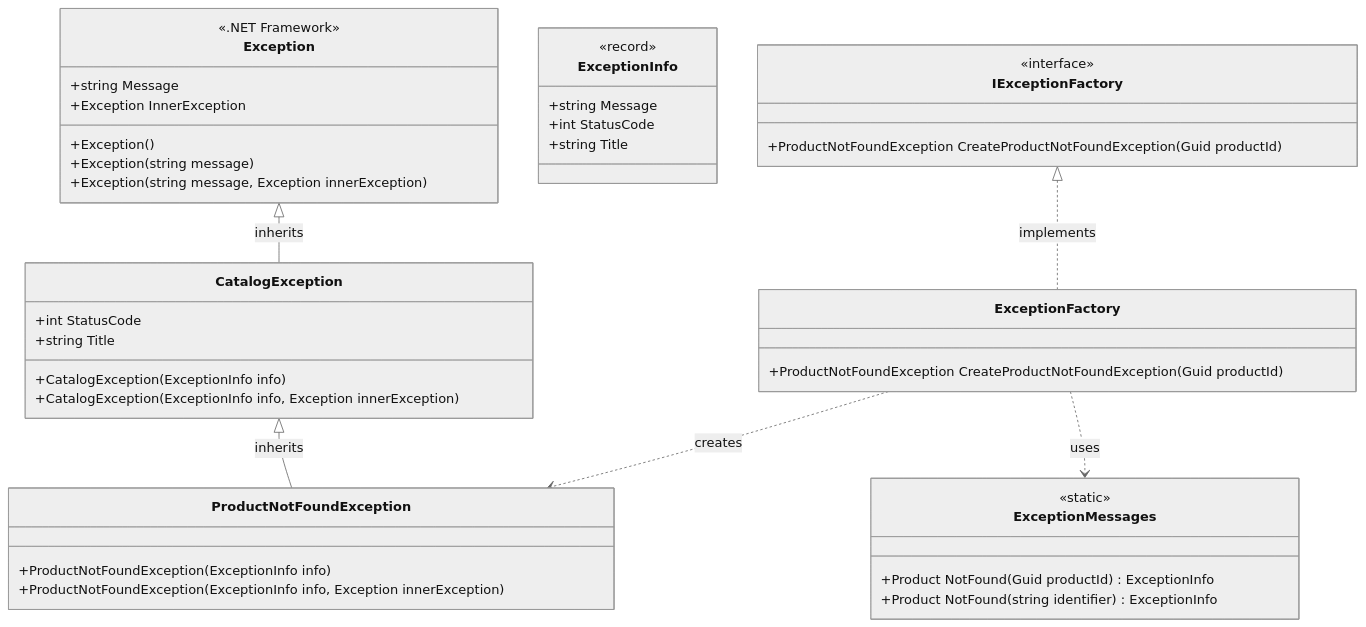
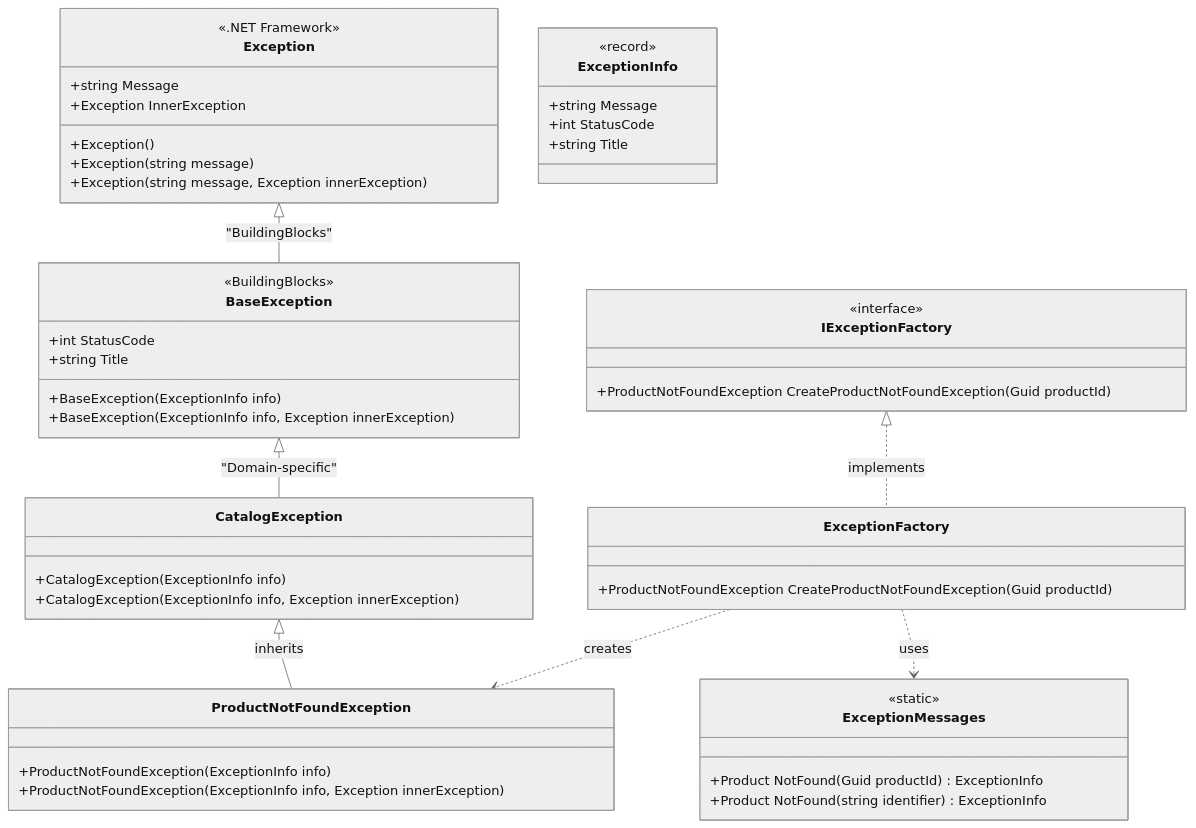
One commit to hamdyyemad/dotnet-microservices-ecommerce changed the fifth of 5 diagrams in src/Services/Catalog/Catalog.API/Exceptions/README.md. Above: the diagram before and after it, drawn with Mermaid (neutral theme). The commit also changed other lines of this file and 6 other files, not shown here.

First line of the commit message:
feat: Add base exception handling infrastructure for microservices

````diff
--- a/src/Services/Catalog/Catalog.API/Exceptions/README.md
+++ b/src/Services/Catalog/Catalog.API/Exceptions/README.md
@@ -264,51 +300,59 @@
 ```mermaid
 classDiagram
     class Exception {
         <<.NET Framework>>
         +string Message
         +Exception InnerException
         +Exception()
         +Exception(string message)
         +Exception(string message, Exception innerException)
     }
 
     class ExceptionInfo {
         <<record>>
+        <<BuildingBlocks>>
         +string Message
         +int StatusCode
         +string Title
     }
 
-    class CatalogException {
+    class BaseException {
+        <<BuildingBlocks>>
         +int StatusCode
         +string Title
+        +BaseException(ExceptionInfo info)
+        +BaseException(ExceptionInfo info, Exception innerException)
+    }
+
+    class CatalogException {
         +CatalogException(ExceptionInfo info)
         +CatalogException(ExceptionInfo info, Exception innerException)
     }
 
     class ProductNotFoundException {
         +ProductNotFoundException(ExceptionInfo info)
         +ProductNotFoundException(ExceptionInfo info, Exception innerException)
     }
 
     class ExceptionMessages {
         <<static>>
         +Product NotFound(Guid productId) ExceptionInfo
         +Product NotFound(string identifier) ExceptionInfo
     }
 
     class IExceptionFactory {
         <<interface>>
         +ProductNotFoundException CreateProductNotFoundException(Guid productId)
     }
 
     class ExceptionFactory {
         +ProductNotFoundException CreateProductNotFoundException(Guid productId)
     }
 
-    Exception <|-- CatalogException : inherits
+    Exception <|-- BaseException : "BuildingBlocks"
+    BaseException <|-- CatalogException : "Domain-specific"
     CatalogException <|-- ProductNotFoundException : inherits
     IExceptionFactory <|.. ExceptionFactory : implements
     ExceptionFactory ..> ExceptionMessages : uses
     ExceptionFactory ..> ProductNotFoundException : creates
 ```
````
